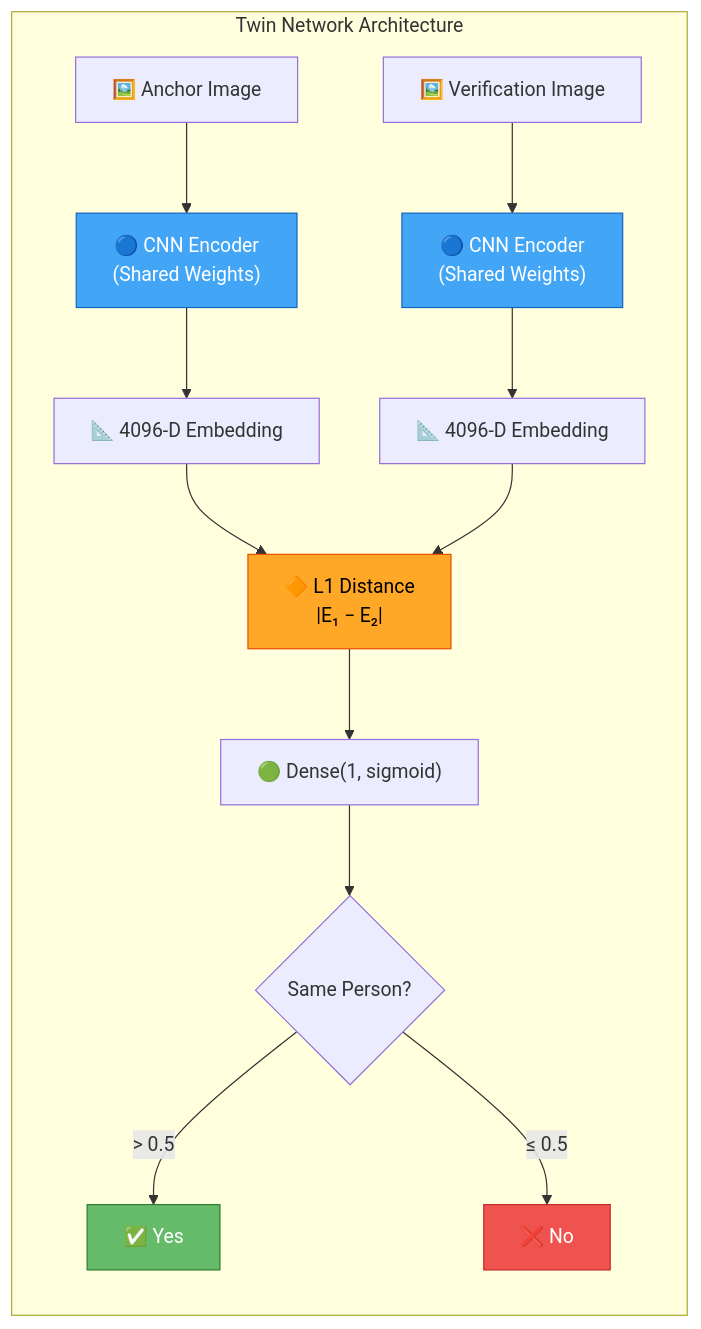
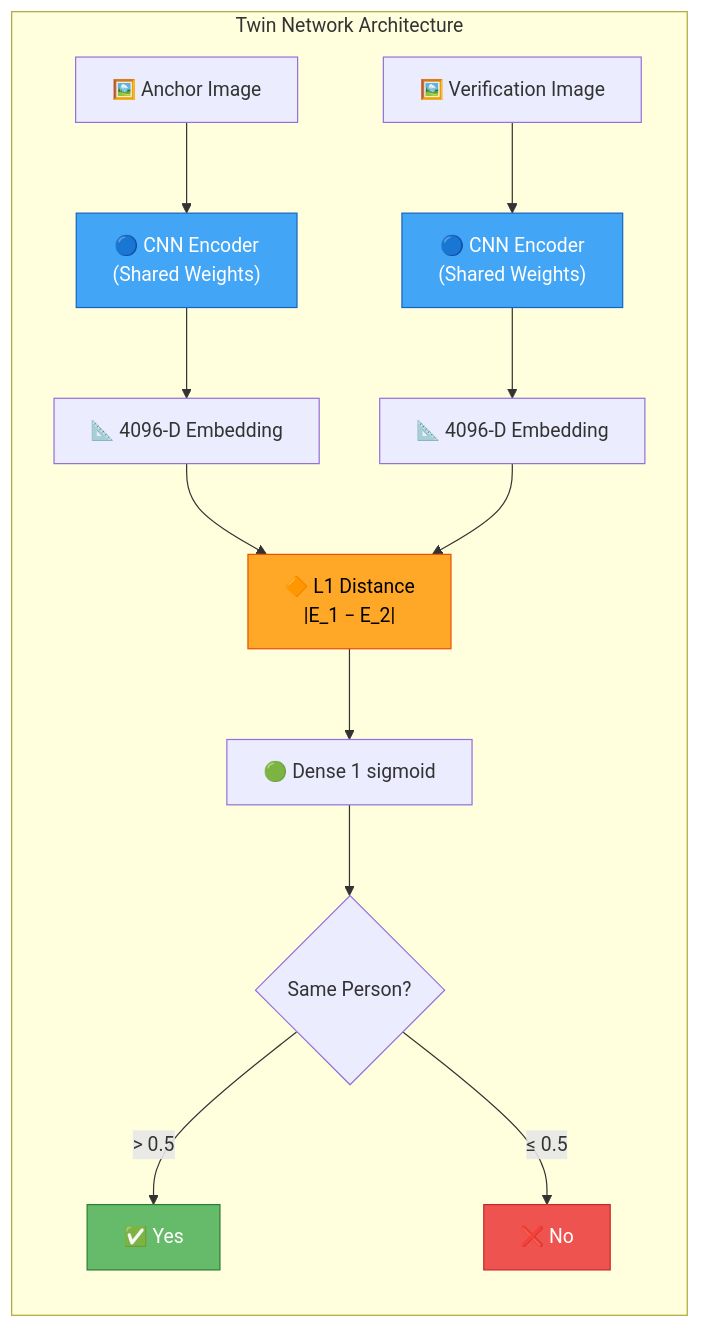
The second of 20 diagrams in README.md (Paragiscool/Face_verification_ml_project), drawn with Mermaid before and after one commit. The commit also changed other lines of this file, not shown here.

Commit message:
docs: Refine README with Quick Start, Math Foundations, Troubleshooting, References, state diagrams

````diff
--- a/README.md
+++ b/README.md
@@ -101,22 +142,22 @@
 ```mermaid
 graph LR
     subgraph "Twin Network Architecture"
         direction TB
         A["🖼️ Anchor Image"] --> B["🔵 CNN Encoder<br/>(Shared Weights)"]
         C["🖼️ Verification Image"] --> D["🔵 CNN Encoder<br/>(Shared Weights)"]
         B --> E["📐 4096-D Embedding"]
         D --> F["📐 4096-D Embedding"]
-        E --> G["🔶 L1 Distance<br/>|E₁ − E₂|"]
+        E --> G["🔶 L1 Distance<br/>|E_1 − E_2|"]
         F --> G
-        G --> H["🟢 Dense(1, sigmoid)"]
+        G --> H["🟢 Dense 1 sigmoid"]
         H --> I{"Same Person?"}
         I -->|"> 0.5"| J["✅ Yes"]
         I -->|"≤ 0.5"| K["❌ No"]
     end
 
     style B fill:#42A5F5,stroke:#1565C0,color:#fff
     style D fill:#42A5F5,stroke:#1565C0,color:#fff
     style G fill:#FFA726,stroke:#E65100,color:#000
     style J fill:#66BB6A,stroke:#2E7D32,color:#fff
     style K fill:#EF5350,stroke:#C62828,color:#fff
 ```
````
